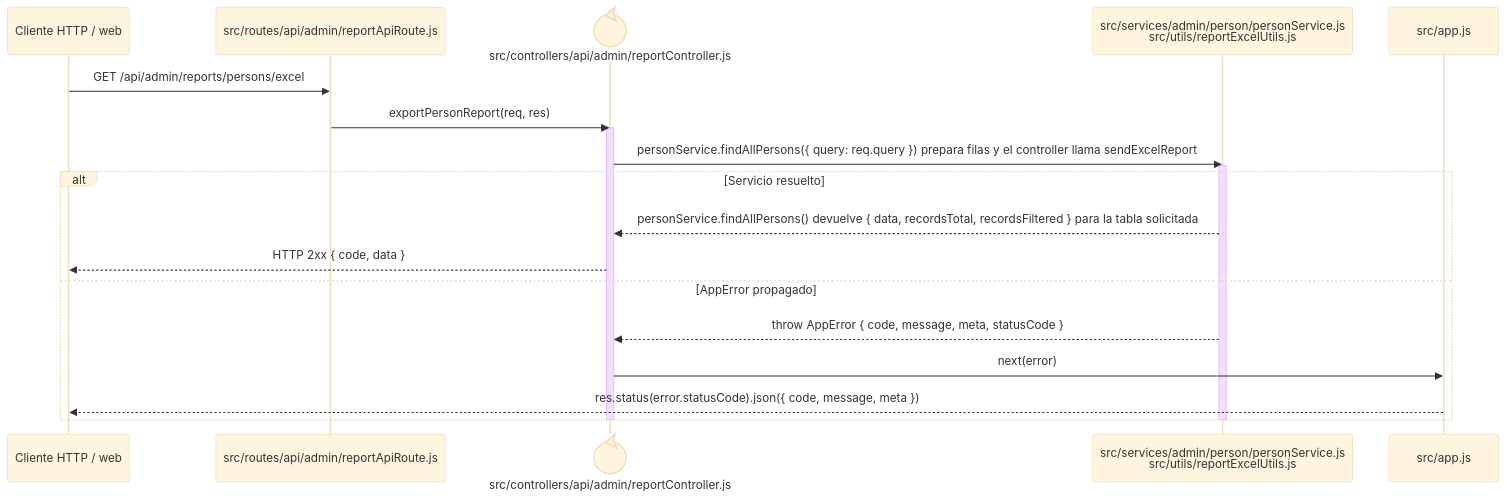
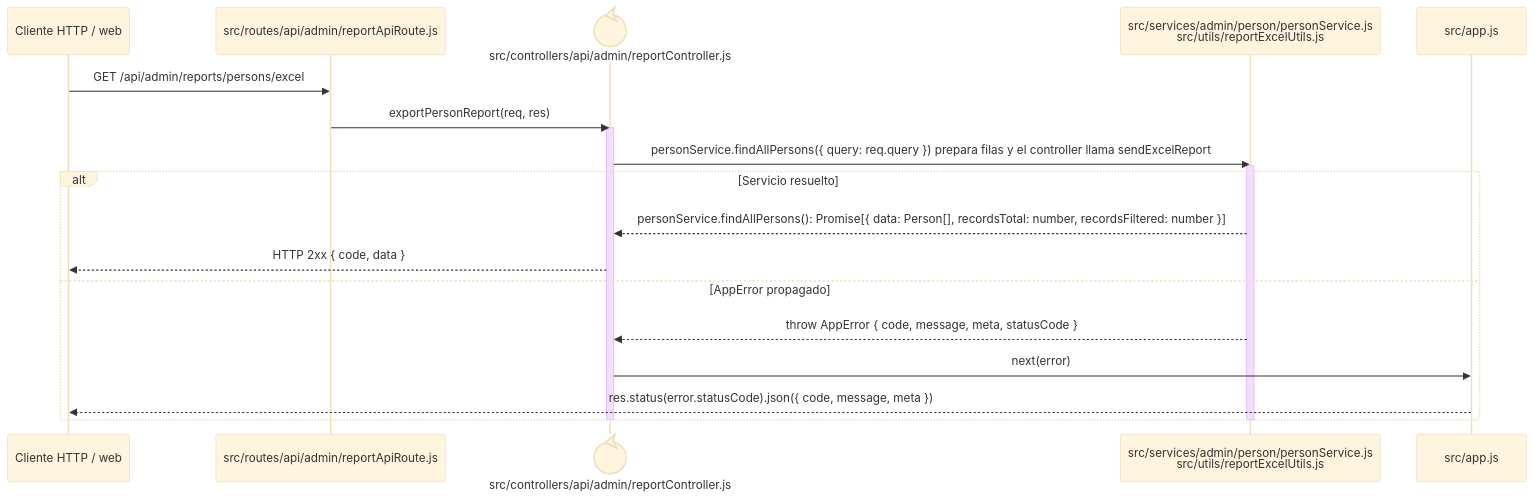
One commit to gpgsistemas01/nexus changed the diagram in docs/architecture/backend-code-sequences/identity-access/cu-ida-04.md. Above: the diagram before and after it, drawn with Mermaid (base theme). The commit also changed 146 other files, not shown here.

````diff
--- a/docs/architecture/backend-code-sequences/identity-access/cu-ida-04.md
+++ b/docs/architecture/backend-code-sequences/identity-access/cu-ida-04.md
@@ -6,24 +6,24 @@
 ```mermaid
 sequenceDiagram
     participant Client as Cliente HTTP / web
     participant Route as src/routes/api/admin/reportApiRoute.js
     participant Controller@{ "type": "control" } as src/controllers/api/admin/reportController.js
     participant Domain as src/services/admin/person/personService.js<br/>src/utils/reportExcelUtils.js
     participant ErrorHandler as src/app.js
 
     Client->>Route: GET /api/admin/reports/persons/excel
     Route->>Controller: exportPersonReport(req, res)
     activate Controller
     Controller->>Domain: personService.findAllPersons({ query: req.query }) prepara filas y el controller llama sendExcelReport
     activate Domain
     alt Servicio resuelto
-        Domain-->>Controller: personService.findAllPersons() devuelve { data, recordsTotal, recordsFiltered } para la tabla solicitada
+        Domain-->>Controller: personService.findAllPersons(): Promise[{ data: Person[], recordsTotal: number, recordsFiltered: number }]
         Controller-->>Client: HTTP 2xx { code, data }
     else AppError propagado
         Domain-->>Controller: throw AppError { code, message, meta, statusCode }
         Controller->>ErrorHandler: next(error)
         ErrorHandler-->>Client: res.status(error.statusCode).json({ code, message, meta })
     end
     deactivate Domain
     deactivate Controller
 ```
````
